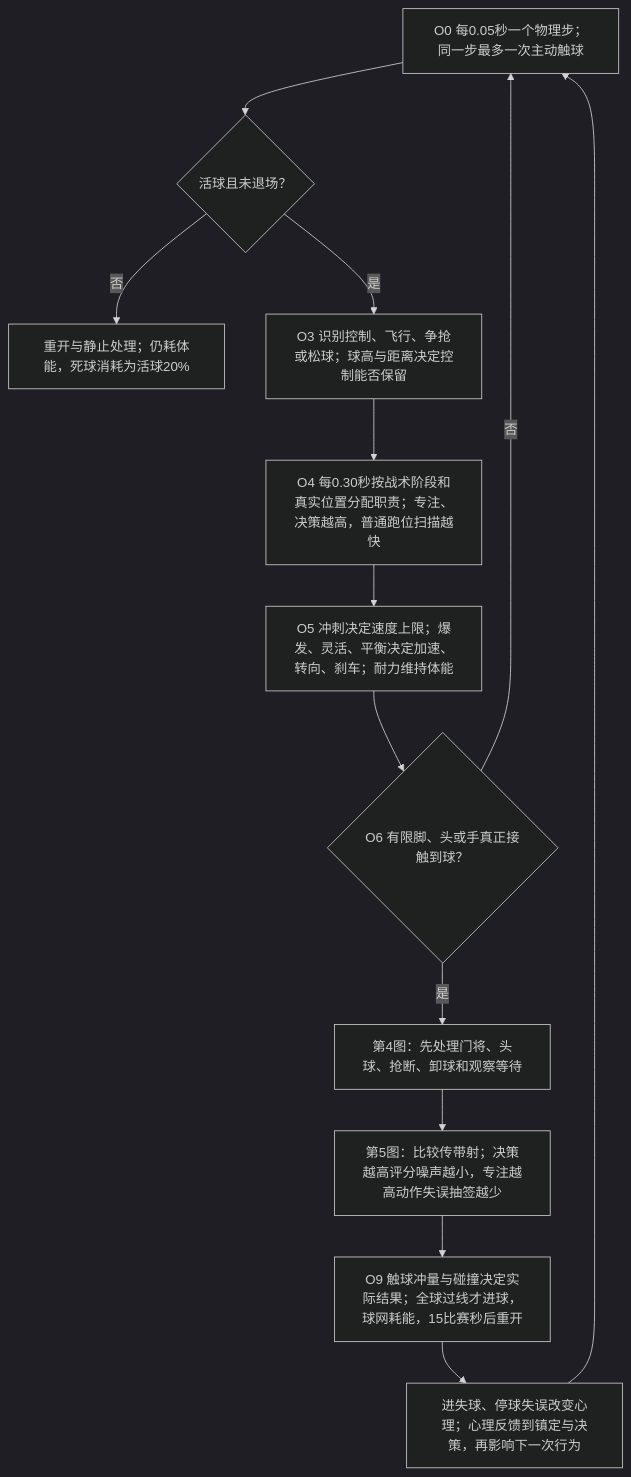
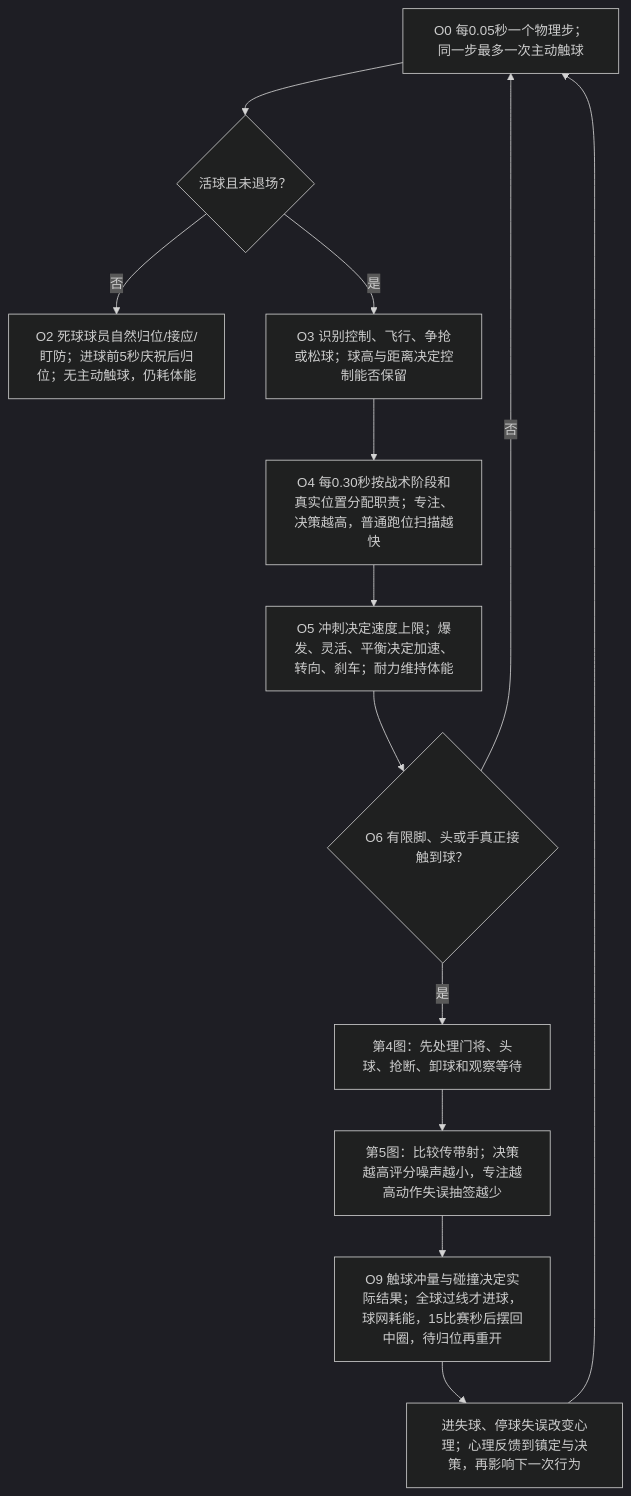
Before and after one commit to sixu3575/touchline-manager: the first of 7 diagrams in packages/shared/modules/matches/design/PLAYER_DECISION_MAP.md, drawn with Mermaid (dark theme). The commit also changed other lines of this file and 34 other files, not shown here.

````diff
--- a/packages/shared/modules/matches/design/PLAYER_DECISION_MAP.md
+++ b/packages/shared/modules/matches/design/PLAYER_DECISION_MAP.md
@@ -25,15 +25,15 @@
 ```mermaid
 flowchart TD
   O0["O0 每0.05秒一个物理步；同一步最多一次主动触球"] --> O1{"活球且未退场？"}
-  O1 -->|否| O2["重开与静止处理；仍耗体能，死球消耗为活球20%"]
+  O1 -->|否| O2["O2 死球球员自然归位/接应/盯防；进球前5秒庆祝后归位；无主动触球，仍耗体能"]
   O1 -->|是| O3["O3 识别控制、飞行、争抢或松球；球高与距离决定控制能否保留"]
   O3 --> O4["O4 每0.30秒按战术阶段和真实位置分配职责；专注、决策越高，普通跑位扫描越快"]
   O4 --> O5["O5 冲刺决定速度上限；爆发、灵活、平衡决定加速、转向、刹车；耐力维持体能"]
   O5 --> O6{"O6 有限脚、头或手真正接触到球？"}
   O6 -->|否| O0
   O6 -->|是| O7["第4图：先处理门将、头球、抢断、卸球和观察等待"]
   O7 --> O8["第5图：比较传带射；决策越高评分噪声越小，专注越高动作失误抽签越少"]
-  O8 --> O9["O9 触球冲量与碰撞决定实际结果；全球过线才进球，球网耗能，15比赛秒后重开"]
+  O8 --> O9["O9 触球冲量与碰撞决定实际结果；全球过线才进球，球网耗能，15比赛秒后摆回中圈，待归位再重开"]
   O9 --> O10["进失球、停球失误改变心理；心理反馈到镇定与决策，再影响下一次行为"]
   O10 --> O0
 ```
````
